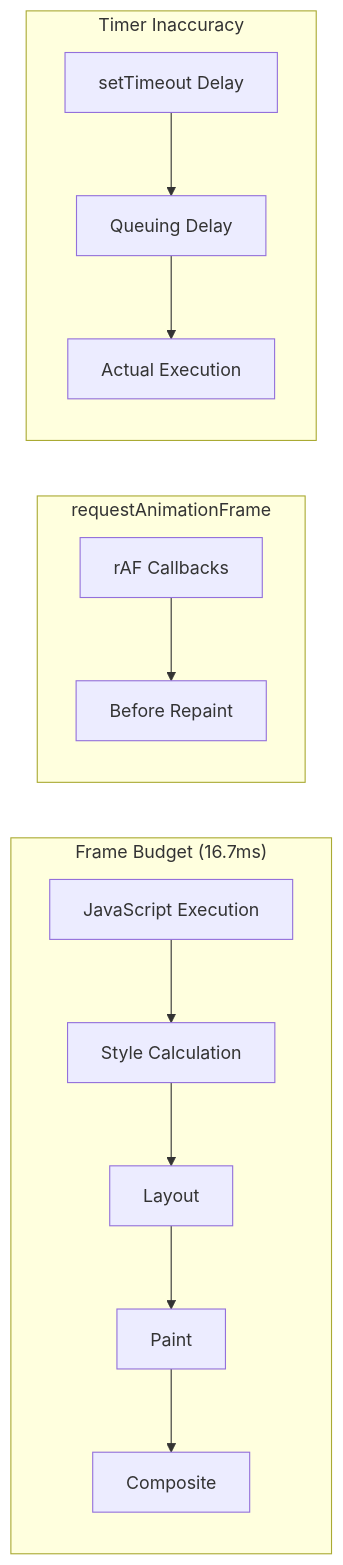
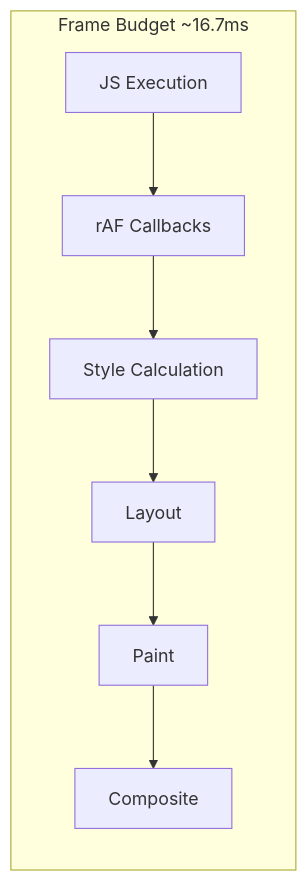
One commit to sujeet-pro/legacy-personal-site changed the seventh of 15 diagrams in v4/content/articles/browser-runtime-internals/js-runtime-internals/js-event-loop/README.md. Above: the diagram before and after it, drawn with Mermaid. The commit also changed other lines of this file and 115 other files, not shown here.

````diff
--- a/v4/content/articles/browser-runtime-internals/js-runtime-internals/js-event-loop/README.md
+++ b/v4/content/articles/browser-runtime-internals/js-runtime-internals/js-event-loop/README.md
@@ -286,18 +265,10 @@
 ```mermaid
 graph LR
-    subgraph "Frame Budget (16.7ms)"
-        A[JavaScript Execution] --> B[Style Calculation]
-        B --> C[Layout]
-        C --> D[Paint]
-        D --> E[Composite]
-    end
-
-    subgraph "requestAnimationFrame"
-        F[rAF Callbacks] --> G[Before Repaint]
-    end
-
-    subgraph "Timer Inaccuracy"
-        H[setTimeout Delay] --> I[Queuing Delay]
-        I --> J[Actual Execution]
+    subgraph "Frame Budget ~16.7ms"
+        A[JS Execution] --> B[rAF Callbacks]
+        B --> C[Style Calculation]
+        C --> D[Layout]
+        D --> E[Paint]
+        E --> F[Composite]
     end
 ```
````
